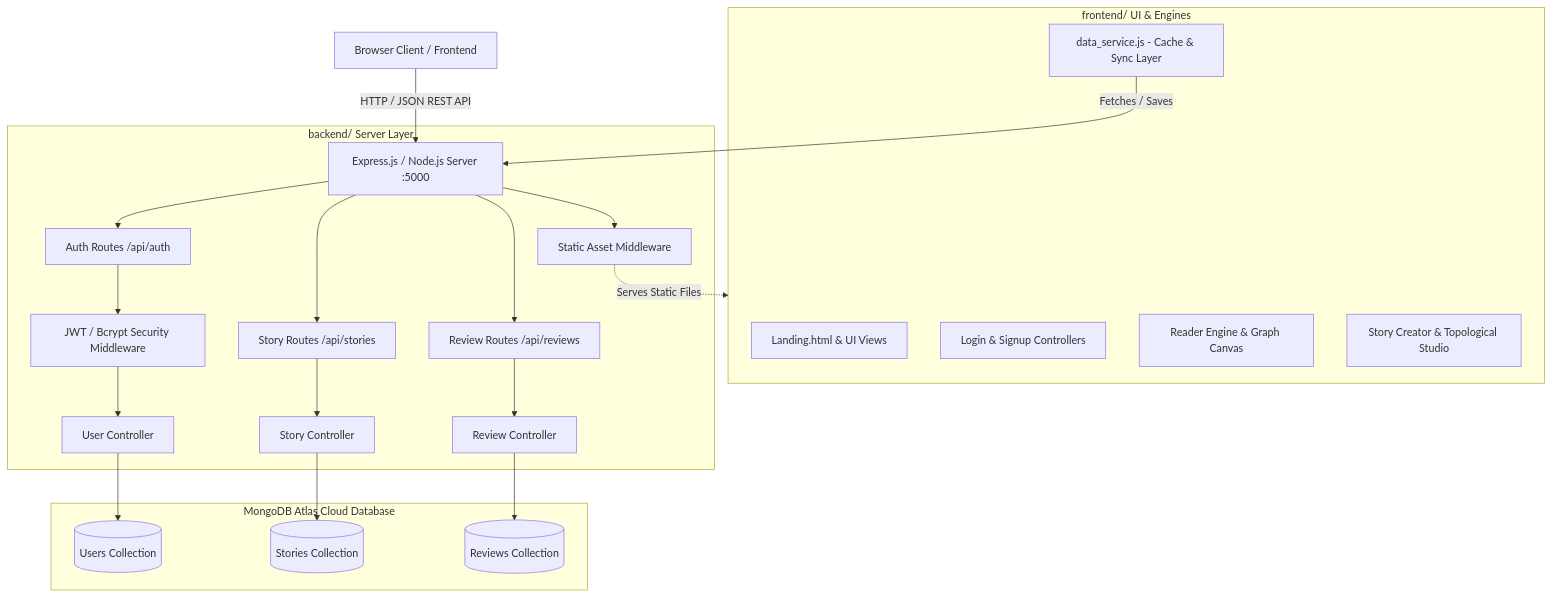
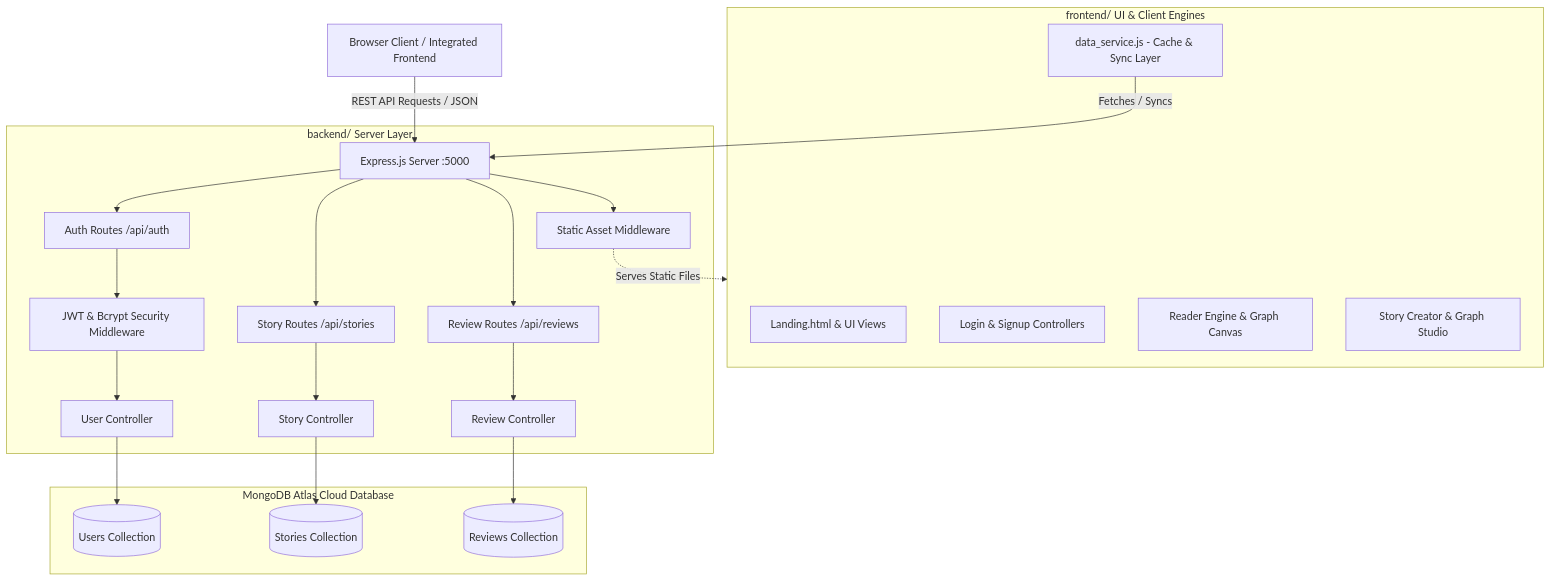
The diagram in README.md (partap-singh/Story_Branching), drawn with Mermaid before and after one commit. The commit also changed other lines of this file, not shown here.

````diff
--- a/README.md
+++ b/README.md
@@ -24,33 +87,33 @@
 ```mermaid
 graph TD
-    CLIENT[Browser Client / Frontend] -->|HTTP / JSON REST API| SERVER[Express.js / Node.js Server :5000]
-    
-    subgraph Frontend [frontend/ UI & Engines]
+    CLIENT[Browser Client / Integrated Frontend] -->|REST API Requests / JSON| SERVER[Express.js Server :5000]
+
+    subgraph Frontend [frontend/ UI & Client Engines]
         LAND[Landing.html & UI Views]
         AUTH_UI[Login & Signup Controllers]
         READER_UI[Reader Engine & Graph Canvas]
-        ADMIN_UI[Story Creator & Topological Studio]
+        ADMIN_UI[Story Creator & Graph Studio]
         DS[data_service.js - Cache & Sync Layer]
     end
 
     subgraph Backend [backend/ Server Layer]
         SERVER --> AUTH_ROUTER[Auth Routes /api/auth]
         SERVER --> STORY_ROUTER[Story Routes /api/stories]
         SERVER --> REVIEW_ROUTER[Review Routes /api/reviews]
         SERVER --> STATIC[Static Asset Middleware]
-        
-        AUTH_ROUTER --> JWT_MW[JWT / Bcrypt Security Middleware]
+
+        AUTH_ROUTER --> JWT_MW[JWT & Bcrypt Security Middleware]
         JWT_MW --> USER_CTRL[User Controller]
         STORY_ROUTER --> STORY_CTRL[Story Controller]
         REVIEW_ROUTER --> REVIEW_CTRL[Review Controller]
     end
 
     subgraph Database [MongoDB Atlas Cloud Database]
         USER_CTRL --> USER_COLL[(Users Collection)]
         STORY_CTRL --> STORY_COLL[(Stories Collection)]
         REVIEW_CTRL --> REVIEW_COLL[(Reviews Collection)]
     end
 
     STATIC -.->|Serves Static Files| Frontend
-    DS -->|Fetches / Saves| SERVER
+    DS -->|Fetches / Syncs| SERVER
 ```
````
